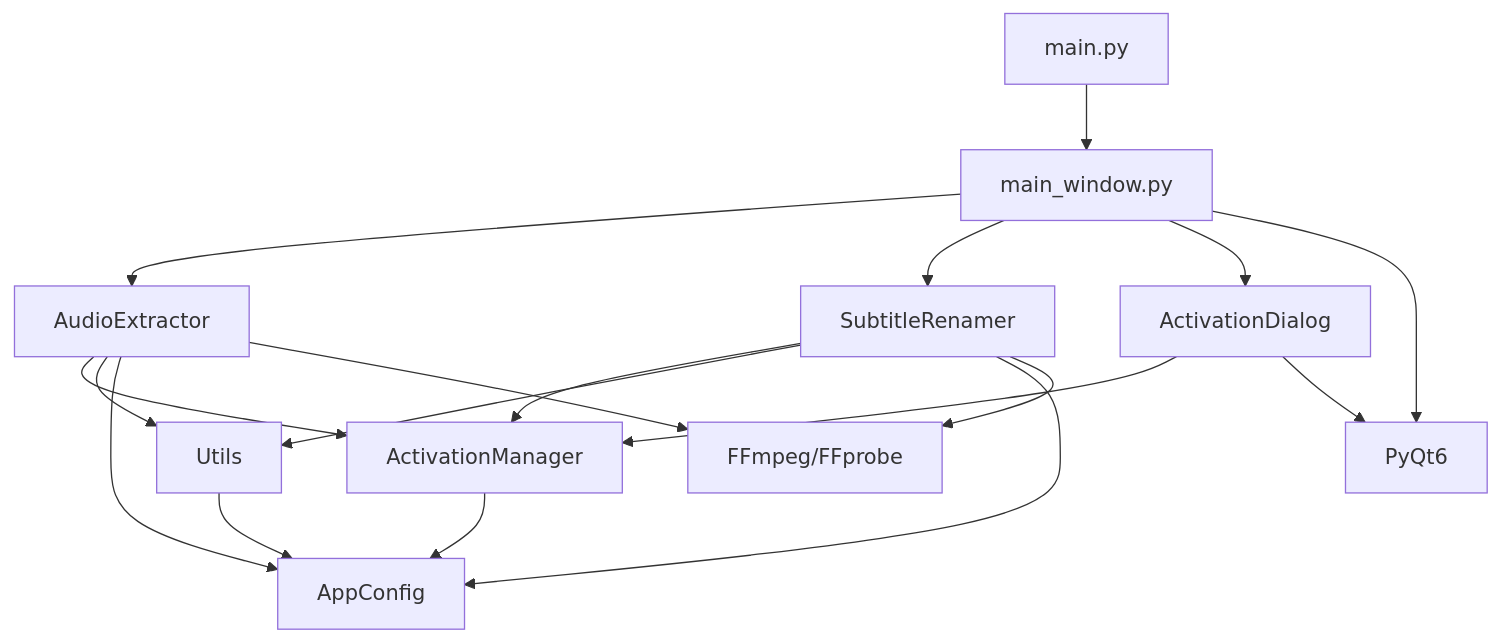
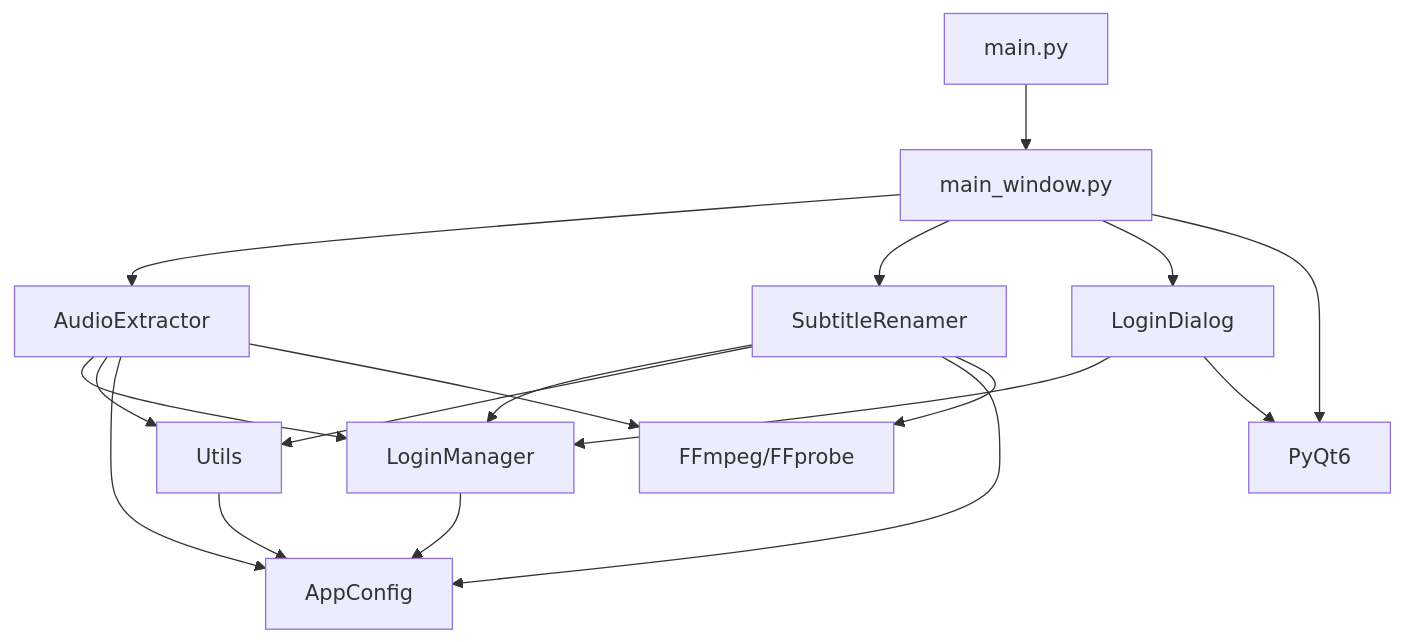
One commit to lanstar128/audio_extract_subtitle_rename changed the diagram in docs/开发者文档.md. Above: the diagram before and after it, drawn with Mermaid. The commit also changed other lines of this file and 11 other files, not shown here.

````diff
--- a/docs/开发者文档.md
+++ b/docs/开发者文档.md
@@ -36,26 +36,26 @@
 ```mermaid
 graph TD
     A[main.py] --> B[main_window.py]
     B --> C[AudioExtractor]
     B --> D[SubtitleRenamer]
-    B --> E[ActivationDialog]
+    B --> E[LoginDialog]
     
-    C --> F[ActivationManager]
+    C --> F[LoginManager]
     C --> G[Utils]
     C --> H[AppConfig]
     
     D --> F
     D --> G
     D --> H
     
     E --> F
     
     F --> H
     G --> H
     
     C --> I[FFmpeg/FFprobe]
     D --> I
     
     B --> J[PyQt6]
     E --> J
 ```
````
